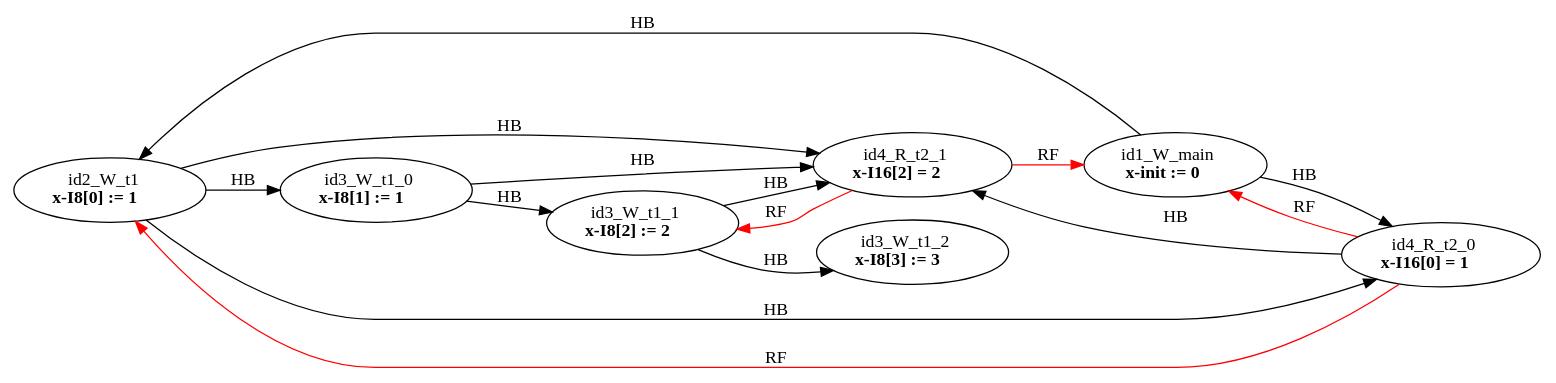
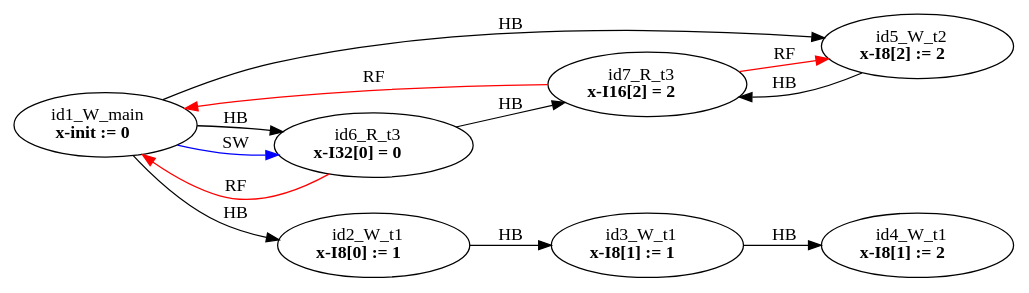
Before and after one commit to FMJS/EMME: the diagram in examples/single_var/sv_simple17/mm5.dot, drawn with Graphviz. The commit also changed 115 other files, not shown here.

```diff
--- a/examples/single_var/sv_simple17/mm5.dot
+++ b/examples/single_var/sv_simple17/mm5.dot
@@ -1,25 +1,22 @@
 digraph memory_model {
 rankdir=LR;
 splines=true; esep=0.5;
-id2_W_t1 -> id3_W_t1_0 [label = "HB", color="black"];
-id3_W_t1_0 -> id3_W_t1_1 [label = "HB", color="black"];
-id3_W_t1_1 -> id3_W_t1_2 [label = "HB", color="black"];
-id4_R_t2_0 -> id4_R_t2_1 [label = "HB", color="black"];
+id2_W_t1 -> id3_W_t1 [label = "HB", color="black"];
+id3_W_t1 -> id4_W_t1 [label = "HB", color="black"];
+id6_R_t3 -> id7_R_t3 [label = "HB", color="black"];
 id1_W_main -> id2_W_t1 [label = "HB", color="black"];
-id1_W_main -> id4_R_t2_0 [label = "HB", color="black"];
-id2_W_t1 -> id4_R_t2_0 [label = "HB", color="black"];
-id2_W_t1 -> id4_R_t2_1 [label = "HB", color="black"];
-id3_W_t1_0 -> id4_R_t2_1 [label = "HB", color="black"];
-id3_W_t1_1 -> id4_R_t2_1 [label = "HB", color="black"];
-id4_R_t2_0 -> id1_W_main [label = "RF", color="red"];
-id4_R_t2_0 -> id2_W_t1 [label = "RF", color="red"];
-id4_R_t2_1 -> id1_W_main [label = "RF", color="red"];
-id4_R_t2_1 -> id3_W_t1_1 [label = "RF", color="red"];
-id1_W_main [label=<id1_W_main<br/><B>x-init := 0</B>>, pos="2.5,8!"]
-id2_W_t1 [label=<id2_W_t1<br/><B>x-I8[0] := 1</B>>, pos="0,6!"]
-id3_W_t1_0 [label=<id3_W_t1_0<br/><B>x-I8[1] := 1</B>>, pos="0,4!"]
-id3_W_t1_1 [label=<id3_W_t1_1<br/><B>x-I8[2] := 2</B>>, pos="0,2!"]
-id3_W_t1_2 [label=<id3_W_t1_2<br/><B>x-I8[3] := 3</B>>, pos="0,0!"]
-id4_R_t2_0 [label=<id4_R_t2_0<br/><B>x-I16[0] = 1</B>>, pos="5,6!"]
-id4_R_t2_1 [label=<id4_R_t2_1<br/><B>x-I16[2] = 2</B>>, pos="5,4!"]
+id1_W_main -> id5_W_t2 [label = "HB", color="black"];
+id1_W_main -> id6_R_t3 [label = "HB", color="black"];
+id5_W_t2 -> id7_R_t3 [label = "HB", color="black"];
+id6_R_t3 -> id1_W_main [label = "RF", color="red"];
+id7_R_t3 -> id1_W_main [label = "RF", color="red"];
+id7_R_t3 -> id5_W_t2 [label = "RF", color="red"];
+id1_W_main -> id6_R_t3 [label = "SW", color="blue"];
+id1_W_main [label=<id1_W_main<br/><B>x-init := 0</B>>, pos="5.0,6!"]
+id2_W_t1 [label=<id2_W_t1<br/><B>x-I8[0] := 1</B>>, pos="0,4!"]
+id3_W_t1 [label=<id3_W_t1<br/><B>x-I8[1] := 1</B>>, pos="0,2!"]
+id4_W_t1 [label=<id4_W_t1<br/><B>x-I8[1] := 2</B>>, pos="0,0!"]
+id5_W_t2 [label=<id5_W_t2<br/><B>x-I8[2] := 2</B>>, pos="5,4!"]
+id6_R_t3 [label=<id6_R_t3<br/><B>x-I32[0] = 0</B>>, pos="10,4!"]
+id7_R_t3 [label=<id7_R_t3<br/><B>x-I16[2] = 2</B>>, pos="10,2!"]
 }
```
